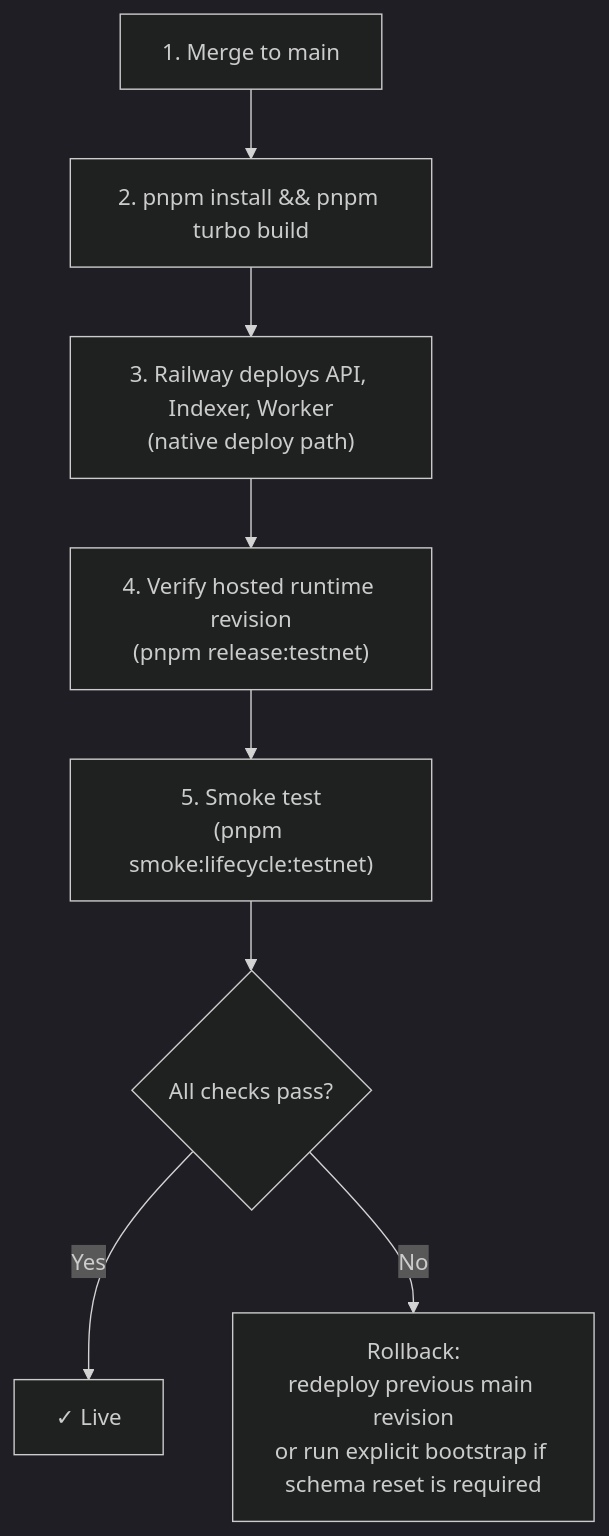
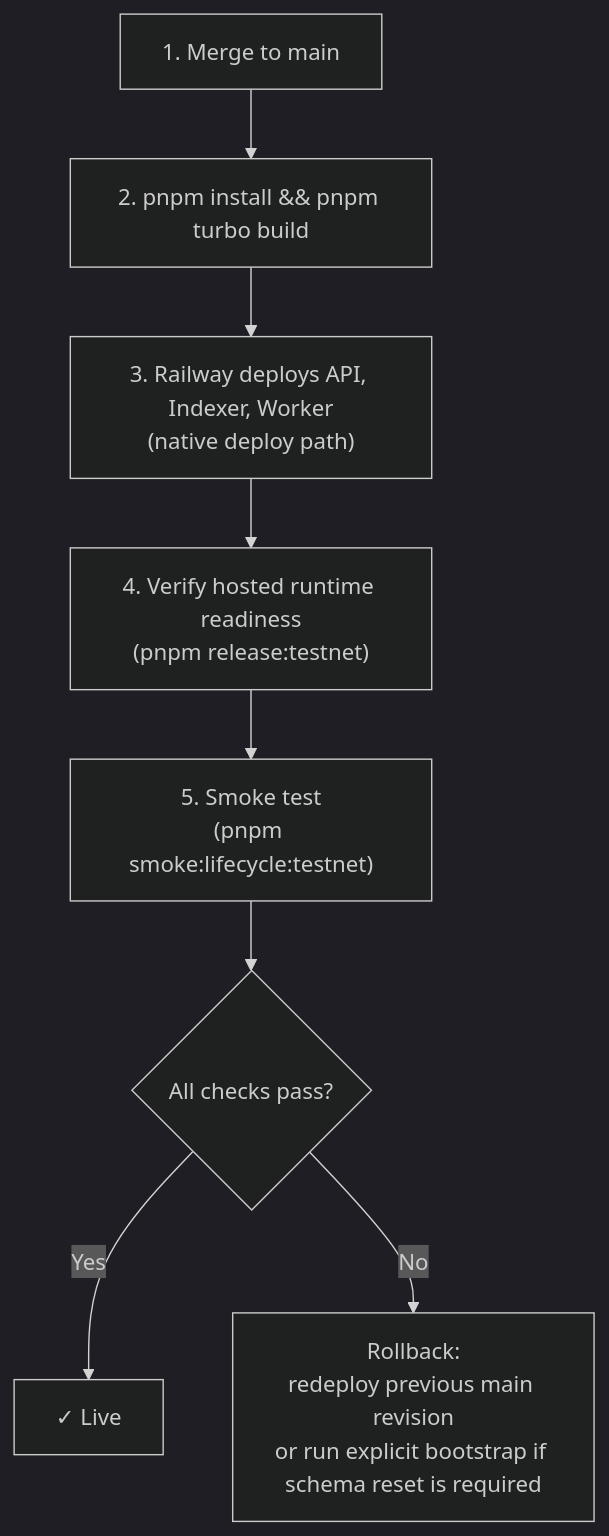
The diagram in docs/deployment.md (andymolecule/Hermes), drawn with Mermaid (dark theme) before and after one commit. The commit also changed other lines of this file and 6 other files, not shown here.

Commit message:
Relax hosted runtime verification

````diff
--- a/docs/deployment.md
+++ b/docs/deployment.md
@@ -145,10 +146,10 @@
 ```mermaid
 flowchart TB
     A["1. Merge to main"] --> B["2. pnpm install && pnpm turbo build"]
     B --> C["3. Railway deploys API, Indexer, Worker<br/>(native deploy path)"]
-    C --> D["4. Verify hosted runtime revision<br/>(pnpm release:testnet)"]
+    C --> D["4. Verify hosted runtime readiness<br/>(pnpm release:testnet)"]
     D --> E["5. Smoke test<br/>(pnpm smoke:lifecycle:testnet)"]
     E --> F{"All checks pass?"}
     F -->|Yes| G["✓ Live"]
     F -->|No| H["Rollback:<br/>redeploy previous main revision<br/>or run explicit bootstrap if schema reset is required"]
 ```
````
